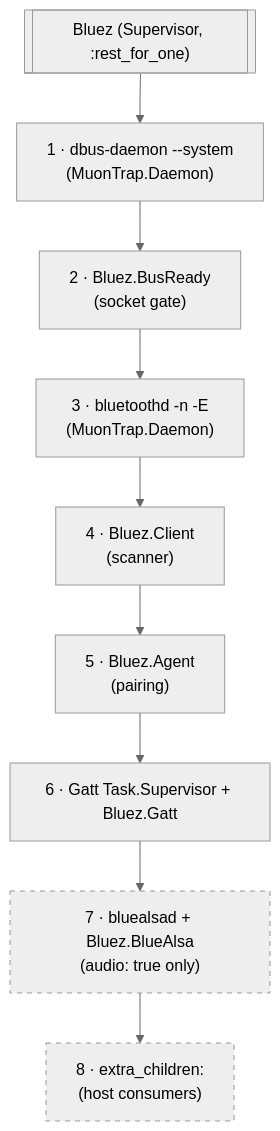
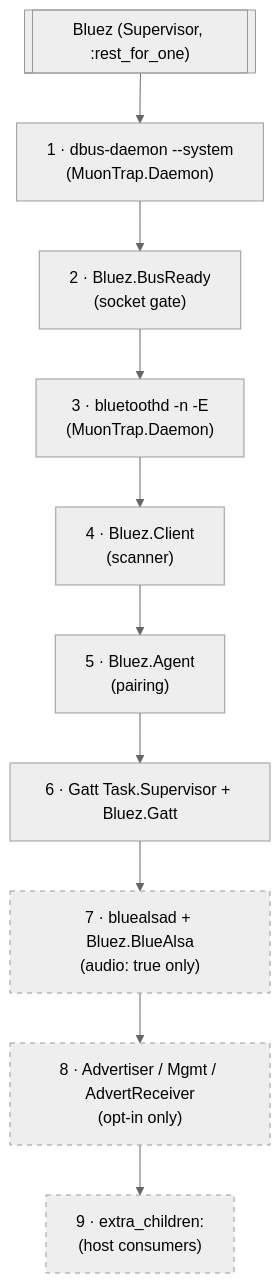
One commit to bbangert/bluez changed the first of 3 diagrams in guides/architecture.md. Above: the diagram before and after it, drawn with Mermaid (neutral theme). The commit also changed other lines of this file and 17 other files, not shown here.

````diff
--- a/guides/architecture.md
+++ b/guides/architecture.md
@@ -16,15 +16,17 @@
 ```mermaid
 flowchart TB
     sup[["Bluez (Supervisor, :rest_for_one)"]]
     sup --> dbus["1 · dbus-daemon --system<br/>(MuonTrap.Daemon)"]
     dbus --> gate["2 · Bluez.BusReady<br/>(socket gate)"]
     gate --> btd["3 · bluetoothd -n -E<br/>(MuonTrap.Daemon)"]
     btd --> client["4 · Bluez.Client<br/>(scanner)"]
     client --> agent["5 · Bluez.Agent<br/>(pairing)"]
     agent --> gatt["6 · Gatt Task.Supervisor + Bluez.Gatt"]
     gatt --> alsa["7 · bluealsad + Bluez.BlueAlsa<br/>(audio: true only)"]
-    alsa --> extra["8 · extra_children:<br/>(host consumers)"]
+    alsa --> radio["8 · Advertiser / Mgmt / AdvertReceiver<br/>(opt-in only)"]
+    radio --> extra["9 · extra_children:<br/>(host consumers)"]
 
     style alsa stroke-dasharray: 5 5
+    style radio stroke-dasharray: 5 5
     style extra stroke-dasharray: 5 5
 ```
````
